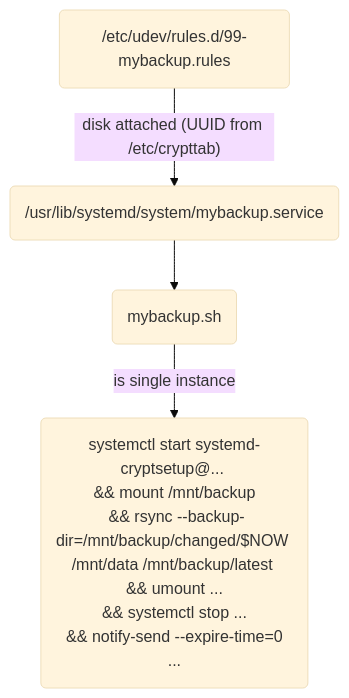
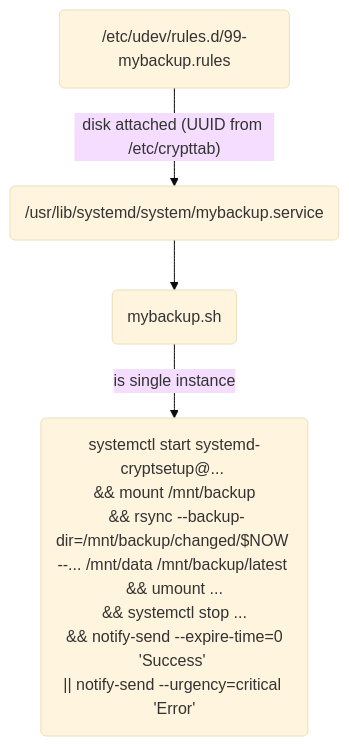
One commit to andre-st/dotfiles changed the diagram in README.md. Above: the diagram before and after it, drawn with Mermaid (base theme). The commit also changed other lines of this file, not shown here.

````diff
--- a/README.md
+++ b/README.md
@@ -268,12 +269,12 @@
 ```mermaid
 flowchart TD
 
 	udev("/etc/udev/rules.d/99-mybackup.rules")
 	service("/usr/lib/systemd/system/mybackup.service")
 	sh("mybackup.sh")
-	rsync("systemctl start systemd-cryptsetup@... <br> && mount /mnt/backup <br> && rsync --backup-dir=/mnt/backup/changed/$NOW /mnt/data /mnt/backup/latest <br> && umount ... <br> && systemctl stop ... <br> && notify-send --expire-time=0 ...")
+	rsync("systemctl start systemd-cryptsetup@... <br> && mount /mnt/backup <br> && rsync --backup-dir=/mnt/backup/changed/$NOW --... /mnt/data /mnt/backup/latest <br> && umount ... <br> && systemctl stop ... <br> && notify-send --expire-time=0 'Success' <br>|| notify-send --urgency=critical 'Error'")
 
 	udev-- "disk attached (UUID from /etc/crypttab)" -->service
 	service-->sh
 	sh-- "is single instance" -->rsync
 ```
````
